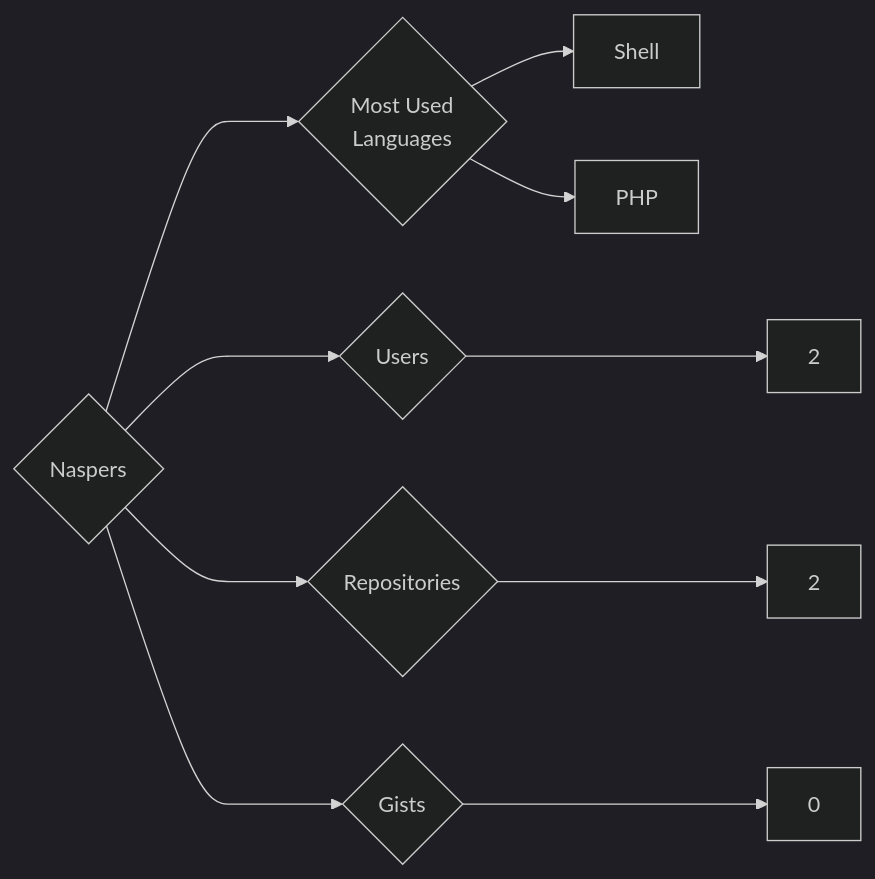
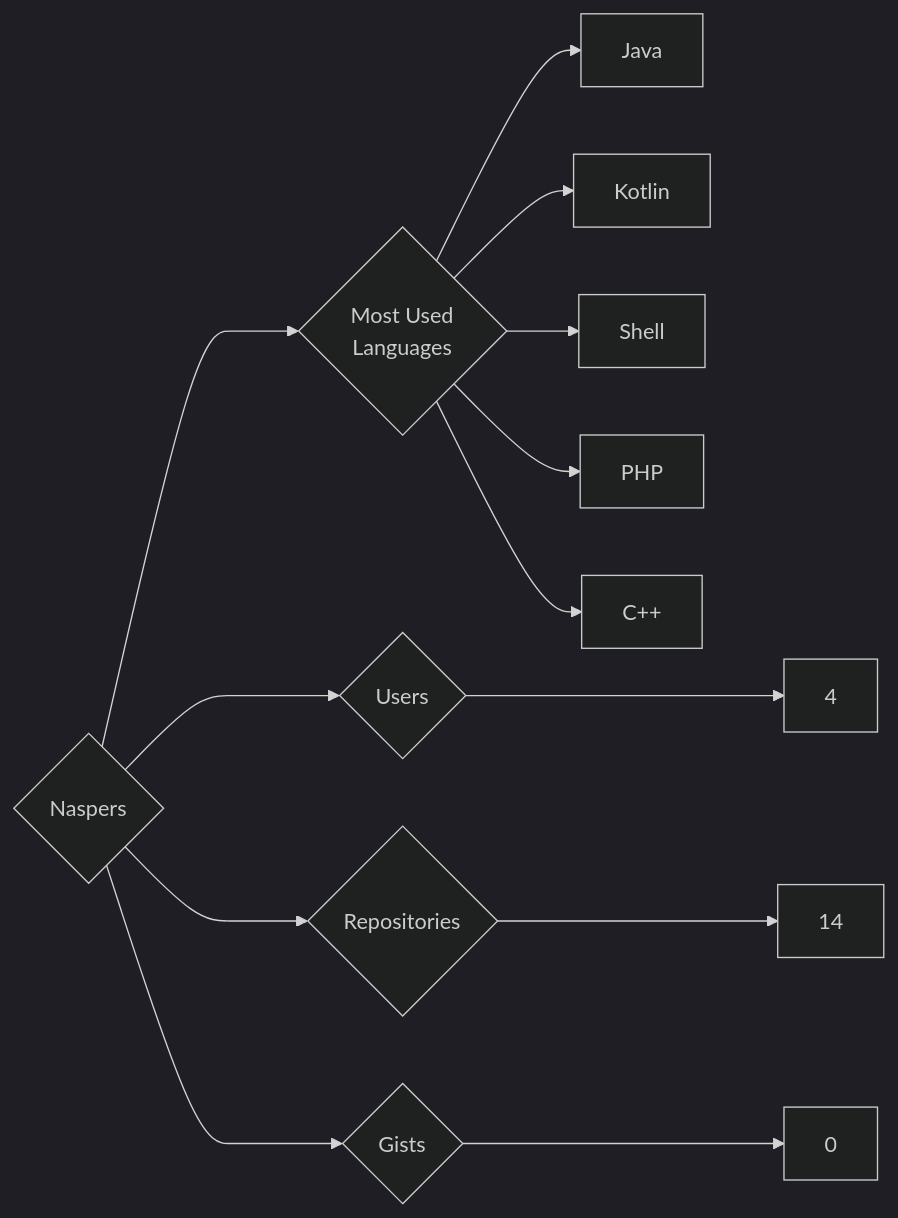
Before and after one commit to trickest/insiders: the diagram in targets/Naspers/README.md, drawn with Mermaid (dark theme). The commit also changed 886 other files, not shown here.

````diff
--- a/targets/Naspers/README.md
+++ b/targets/Naspers/README.md
@@ -3,10 +3,13 @@
 ```mermaid
 graph LR
 COMPANY_NAME{Naspers}
-COMPANY_NAME ---> U{Users} ---> UN[2]
-COMPANY_NAME ---> R{Repositories} ---> RN[2]
+COMPANY_NAME ---> U{Users} ---> UN[4]
+COMPANY_NAME ---> R{Repositories} ---> RN[14]
 COMPANY_NAME ---> G{Gists} ---> GN[0]
 COMPANY_NAME ---> ML{Most Used<br>Languages}
+ML --> Java[Java]
+ML --> Kotlin[Kotlin]
 ML --> Shell[Shell]
 ML --> PHP[PHP]
+ML --> C++[C++]
 ```
````
